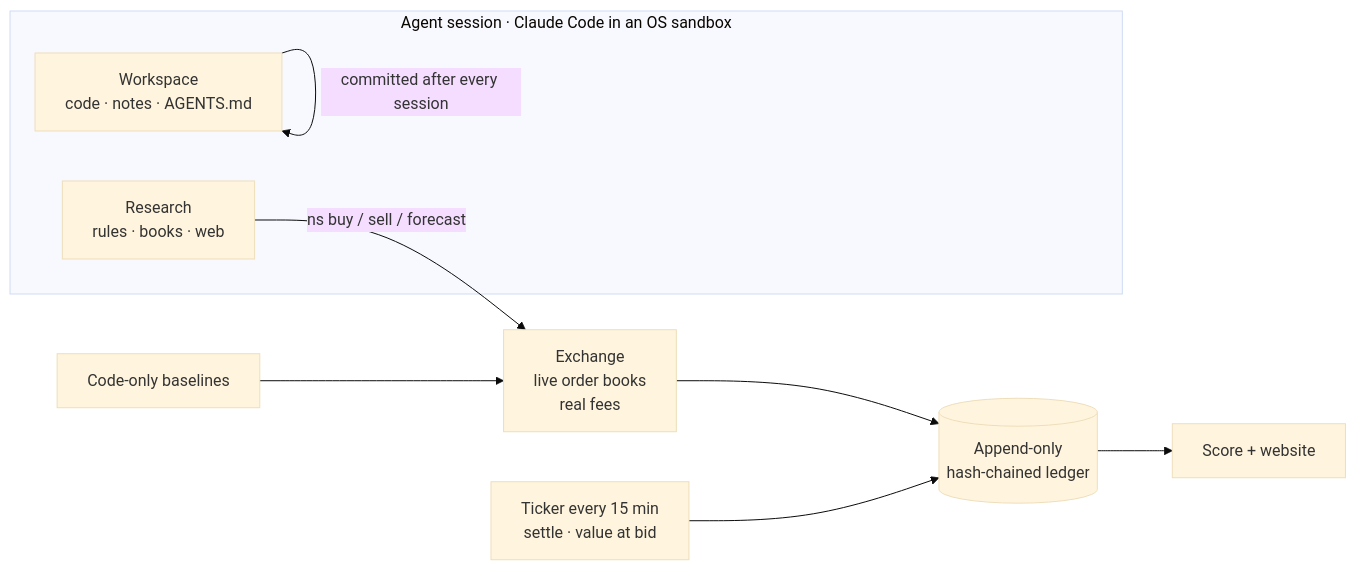
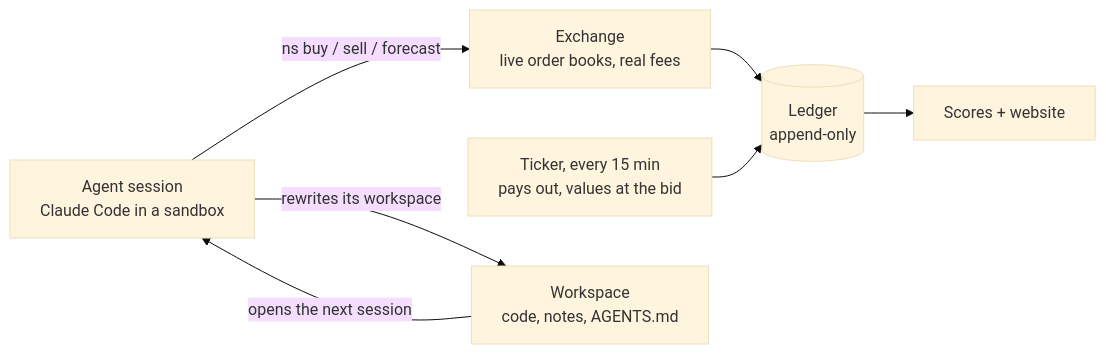
One commit to Amadeus415/agentic_trading changed the diagram in README.md. Above: the diagram before and after it, drawn with Mermaid (base theme). The commit also changed other lines of this file and 1 other file, not shown here.

Commit message:
Rewrite the README around the question, the three measurements and the rules, so a first read explains the benchmark.

````diff
--- a/README.md
+++ b/README.md
@@ -13,13 +54,9 @@
 ```mermaid
 flowchart LR
-    subgraph Agent["Agent session · Claude Code in an OS sandbox"]
-        W[Workspace<br/>code · notes · AGENTS.md]
-        R[Research<br/>rules · books · web]
-    end
-    R -- "ns buy / sell / forecast" --> X[Exchange<br/>live order books<br/>real fees]
-    X --> L[(Append-only<br/>hash-chained ledger)]
-    T[Ticker every 15 min<br/>settle · value at bid] --> L
-    B[Code-only baselines] --> X
-    L --> S[Score + website]
-    W -- "committed after every session" --> W
+    A[Agent session<br/>Claude Code in a sandbox] -- "ns buy / sell / forecast" --> X[Exchange<br/>live order books, real fees]
+    X --> L[(Ledger<br/>append-only)]
+    T[Ticker, every 15 min<br/>pays out, values at the bid] --> L
+    L --> S[Scores + website]
+    A -- "rewrites its workspace" --> W[Workspace<br/>code, notes, AGENTS.md]
+    W -- "opens the next session" --> A
 ```
````
